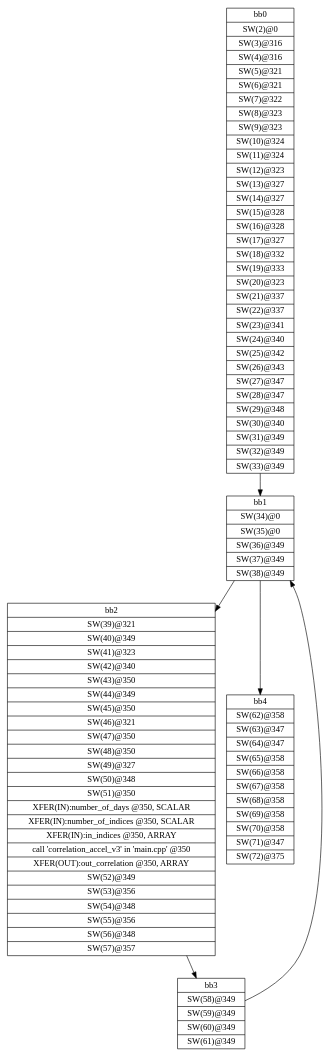
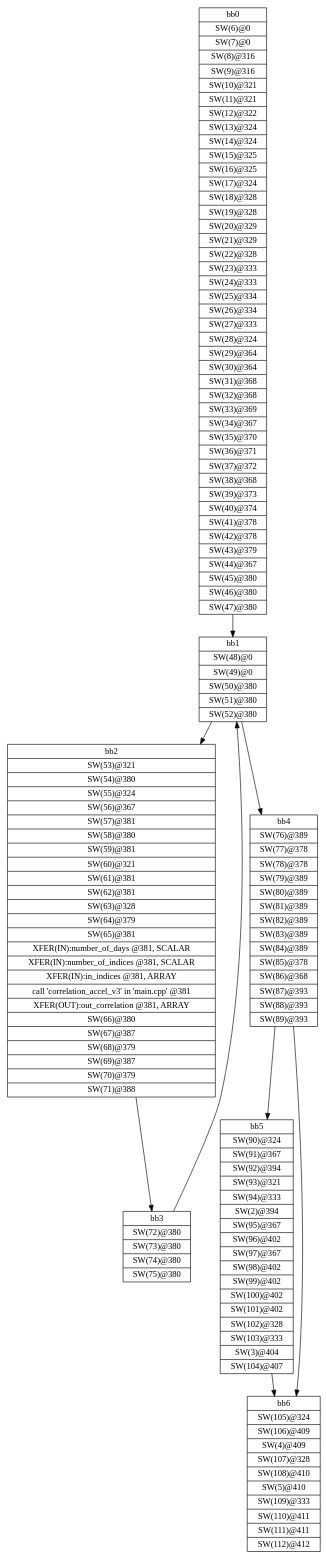
Before and after one commit to nguyencanhtrung/SDSoC: the diagram in workspace/correlation_ver2_axis/correlation_axis_ver3/SDRelease/_sds/.llvm/_px_cdfg_xfer_main.dot, drawn with Graphviz. The commit also changed 6883 other files, not shown here.

Commit message:
Add v2: nodata flow Add v3: data flow - Stream FIFO = 252

```diff
--- a/workspace/correlation_ver2_axis/correlation_axis_ver3/SDRelease/_sds/.llvm/_px_cdfg_xfer_main.dot
+++ b/workspace/correlation_ver2_axis/correlation_axis_ver3/SDRelease/_sds/.llvm/_px_cdfg_xfer_main.dot
@@ -1,13 +1,18 @@
 digraph CDFG {
 node [shape=record];
-bb0 [shape=record, label = "{bb0|<x0x2a6e1f0>SW(2)@0\n|<x0x2a70a70>SW(3)@316\n|<x0x2a6e3d0>SW(4)@316\n|<x0x2a6e610>SW(5)@321\n|<x0x2a6e840>SW(6)@321\n|<x0x2a6ea70>SW(7)@322\n|<x0x2a6eca0>SW(8)@323\n|<x0x2a6eed0>SW(9)@323\n|<x0x2a6f100>SW(10)@324\n|<x0x2a70d10>SW(11)@324\n|<x0x2a70ed0>SW(12)@323\n|<x0x2a71110>SW(13)@327\n|<x0x2a71340>SW(14)@327\n|<x0x2a71570>SW(15)@328\n|<x0x2a717c0>SW(16)@328\n|<x0x2a719d0>SW(17)@327\n|<x0x2a71c10>SW(18)@332\n|<x0x2a726a0>SW(19)@333\n|<x0x2a727f0>SW(20)@323\n|<x0x2a72a20>SW(21)@337\n|<x0x2a71d60>SW(22)@337\n|<x0x2a72430>SW(23)@341\n|<x0x2a71f80>SW(24)@340\n|<x0x2a721d0>SW(25)@342\n|<x0x2a73480>SW(26)@343\n|<x0x2a736d0>SW(27)@347\n|<x0x2a738e0>SW(28)@347\n|<x0x2a73b20>SW(29)@348\n|<x0x2a73d50>SW(30)@340\n|<x0x2a73fa0>SW(31)@349\n|<x0x2a741c0>SW(32)@349\n|<x0x2a74400>SW(33)@349\n}"];
-bb1 [shape=record, label = "{bb1|<x0x2a747a0>SW(34)@0\n|<x0x2a74910>SW(35)@0\n|<x0x2a74ab0>SW(36)@349\n|<x0x2a74ce0>SW(37)@349\n|<x0x2a74ef0>SW(38)@349\n}"];
-bb2 [shape=record, label = "{bb2|<x0x2a74680>SW(39)@321\n|<x0x2a75570>SW(40)@349\n|<x0x2a75730>SW(41)@323\n|<x0x2a75960>SW(42)@340\n|<x0x2a75bb0>SW(43)@350\n|<x0x2a75dd0>SW(44)@349\n|<x0x2a76000>SW(45)@350\n|<x0x2a76210>SW(46)@321\n|<x0x2a76440>SW(47)@350\n|<x0x2a76650>SW(48)@350\n|<x0x2a76870>SW(49)@327\n|<x0x2a76aa0>SW(50)@348\n|<x0x2a76cd0>SW(51)@350\n|<x0x2a7b6b0>XFER(IN):number_of_days @350, SCALAR\n|<x0x2a7a240>XFER(IN):number_of_indices @350, SCALAR\n|<x0x2a7a350>XFER(IN):in_indices @350, ARRAY\n|<x0x2a68a40>call 'correlation_accel_v3' in 'main.cpp' @350\n|<x0x2a7b810>XFER(OUT):out_correlation @350, ARRAY\n|<x0x2a76f20>SW(52)@349\n|<x0x2a77150>SW(53)@356\n|<x0x2a77360>SW(54)@348\n|<x0x2a77590>SW(55)@356\n|<x0x2a777d0>SW(56)@348\n|<x0x2a77a10>SW(57)@357\n}"];
-bb3 [shape=record, label = "{bb3|<x0x2a77d50>SW(58)@349\n|<x0x2a77f80>SW(59)@349\n|<x0x2a78190>SW(60)@349\n|<x0x2a783d0>SW(61)@349\n}"];
-bb4 [shape=record, label = "{bb4|<x0x2a787e0>SW(62)@358\n|<x0x2a789d0>SW(63)@347\n|<x0x2a78c10>SW(64)@347\n|<x0x2a78e40>SW(65)@358\n|<x0x2a79050>SW(66)@358\n|<x0x2a79260>SW(67)@358\n|<x0x2a79470>SW(68)@358\n|<x0x2a79700>SW(69)@358\n|<x0x2a798a0>SW(70)@358\n|<x0x2a79ac0>SW(71)@347\n|<x0x2a79d00>SW(72)@375\n}"];
+bb0 [shape=record, label = "{bb0|<x0x3b4dd20>SW(6)@0\n|<x0x3b4ddf0>SW(7)@0\n|<x0x3b4f490>SW(8)@316\n|<x0x3b4f6d0>SW(9)@316\n|<x0x3b4f910>SW(10)@321\n|<x0x3b4fb40>SW(11)@321\n|<x0x3b4fd70>SW(12)@322\n|<x0x3b4ffa0>SW(13)@324\n|<x0x3b501d0>SW(14)@324\n|<x0x3b50400>SW(15)@325\n|<x0x3b50650>SW(16)@325\n|<x0x3b50860>SW(17)@324\n|<x0x3b50aa0>SW(18)@328\n|<x0x3b50cd0>SW(19)@328\n|<x0x3b50f00>SW(20)@329\n|<x0x3b51150>SW(21)@329\n|<x0x3b49b30>SW(22)@328\n|<x0x3b49d20>SW(23)@333\n|<x0x3b49f50>SW(24)@333\n|<x0x3b4a180>SW(25)@334\n|<x0x3b4a3d0>SW(26)@334\n|<x0x3b4a5e0>SW(27)@333\n|<x0x3b4a820>SW(28)@324\n|<x0x3b4aa50>SW(29)@364\n|<x0x3b4ac60>SW(30)@364\n|<x0x3b4ae80>SW(31)@368\n|<x0x3b4b0b0>SW(32)@368\n|<x0x3b4b2c0>SW(33)@369\n|<x0x3b4b510>SW(34)@367\n|<x0x3b4b760>SW(35)@370\n|<x0x3b4b9d0>SW(36)@371\n|<x0x3b51ff0>SW(37)@372\n|<x0x3b52240>SW(38)@368\n|<x0x3b52480>SW(39)@373\n|<x0x3b526e0>SW(40)@374\n|<x0x3b52930>SW(41)@378\n|<x0x3b52b50>SW(42)@378\n|<x0x3b52d90>SW(43)@379\n|<x0x3b52fc0>SW(44)@367\n|<x0x3b53210>SW(45)@380\n|<x0x3b53430>SW(46)@380\n|<x0x3b53670>SW(47)@380\n}"];
+bb1 [shape=record, label = "{bb1|<x0x3b53a10>SW(48)@0\n|<x0x3b53b80>SW(49)@0\n|<x0x3b53d20>SW(50)@380\n|<x0x3b54020>SW(51)@380\n|<x0x3b541a0>SW(52)@380\n}"];
+bb2 [shape=record, label = "{bb2|<x0x3b538f0>SW(53)@321\n|<x0x3b54770>SW(54)@380\n|<x0x3b549a0>SW(55)@324\n|<x0x3b54bd0>SW(56)@367\n|<x0x3b54e20>SW(57)@381\n|<x0x3b55040>SW(58)@380\n|<x0x3b55270>SW(59)@381\n|<x0x3b55480>SW(60)@321\n|<x0x3b556b0>SW(61)@381\n|<x0x3b558c0>SW(62)@381\n|<x0x3b55ae0>SW(63)@328\n|<x0x3b55d10>SW(64)@379\n|<x0x3b55f40>SW(65)@381\n|<x0x3b5d180>XFER(IN):number_of_days @381, SCALAR\n|<x0x3b5d240>XFER(IN):number_of_indices @381, SCALAR\n|<x0x3b5d320>XFER(IN):in_indices @381, ARRAY\n|<x0x3b44040>call 'correlation_accel_v3' in 'main.cpp' @381\n|<x0x3b5e810>XFER(OUT):out_correlation @381, ARRAY\n|<x0x3b561e0>SW(66)@380\n|<x0x3b563a0>SW(67)@387\n|<x0x3b565b0>SW(68)@379\n|<x0x3b567e0>SW(69)@387\n|<x0x3b56a00>SW(70)@379\n|<x0x3b56c40>SW(71)@388\n}"];
+bb3 [shape=record, label = "{bb3|<x0x3b56f80>SW(72)@380\n|<x0x3b571b0>SW(73)@380\n|<x0x3b573c0>SW(74)@380\n|<x0x3b57600>SW(75)@380\n}"];
+bb4 [shape=record, label = "{bb4|<x0x3b57a10>SW(76)@389\n|<x0x3b57c00>SW(77)@378\n|<x0x3b57e40>SW(78)@378\n|<x0x3b58070>SW(79)@389\n|<x0x3b58300>SW(80)@389\n|<x0x3b584c0>SW(81)@389\n|<x0x3b586d0>SW(82)@389\n|<x0x3b588e0>SW(83)@389\n|<x0x3b58b40>SW(84)@389\n|<x0x3b58d60>SW(85)@378\n|<x0x3b58fa0>SW(86)@368\n|<x0x3b591e0>SW(87)@393\n|<x0x3b593f0>SW(88)@393\n|<x0x3b59600>SW(89)@393\n}"];
+bb5 [shape=record, label = "{bb5|<x0x3b59950>SW(90)@324\n|<x0x3b59b80>SW(91)@367\n|<x0x3b59dd0>SW(92)@394\n|<x0x3b59ff0>SW(93)@321\n|<x0x3b5a220>SW(94)@333\n|<x0x3b49a30>SW(2)@394\n|<x0x3b5a4d0>SW(95)@367\n|<x0x3b5a690>SW(96)@402\n|<x0x3b5a8b0>SW(97)@367\n|<x0x3b5ab00>SW(98)@402\n|<x0x3b5ad10>SW(99)@402\n|<x0x3b5af20>SW(100)@402\n|<x0x3b5b130>SW(101)@402\n|<x0x3b5b370>SW(102)@328\n|<x0x3b5b5a0>SW(103)@333\n|<x0x3b49710>SW(3)@404\n|<x0x3b5b7f0>SW(104)@407\n}"];
+bb6 [shape=record, label = "{bb6|<x0x3b5bb30>SW(105)@324\n|<x0x3b5bd60>SW(106)@409\n|<x0x3b4cc30>SW(4)@409\n|<x0x3b5bf90>SW(107)@328\n|<x0x3b5c1c0>SW(108)@410\n|<x0x3b4d070>SW(5)@410\n|<x0x3b5c3f0>SW(109)@333\n|<x0x3b5c6c0>SW(110)@411\n|<x0x3b5c880>SW(111)@411\n|<x0x3b5ca90>SW(112)@412\n}"];
 bb0 -> bb1
 bb1 -> bb2
 bb1 -> bb4
 bb2 -> bb3
 bb3 -> bb1
+bb4 -> bb5
+bb4 -> bb6
+bb5 -> bb6
 }
```
